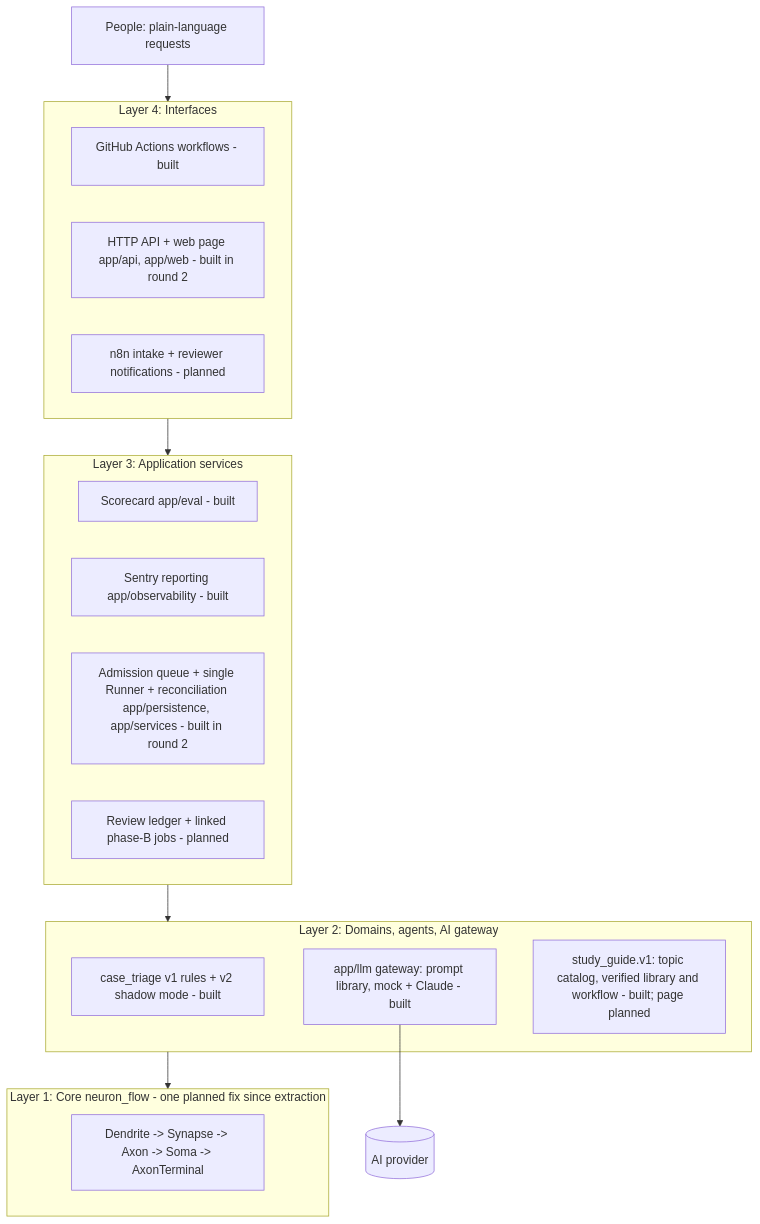
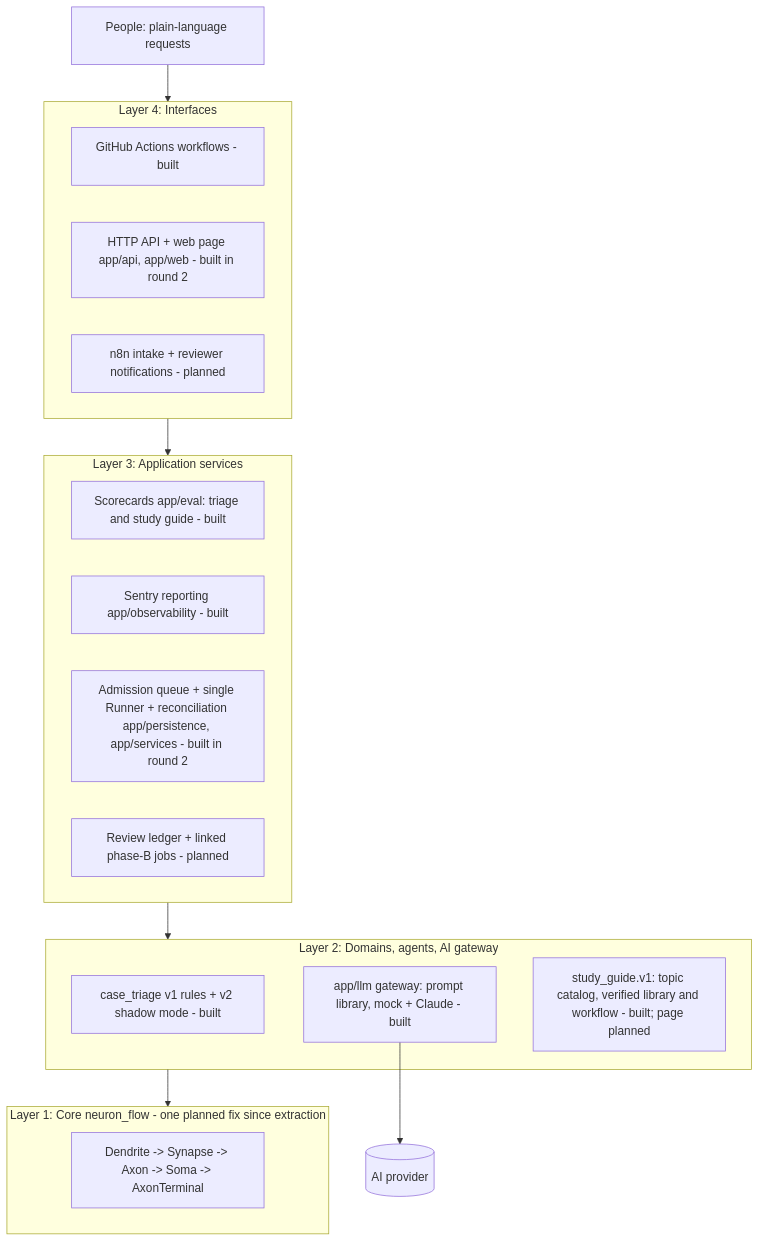
The diagram in docs/architecture.md (narongdetpyou-ux/System_Neuron_flow_AI), drawn with Mermaid before and after one commit. The commit also changed other lines of this file and 17 other files, not shown here.

````diff
--- a/docs/architecture.md
+++ b/docs/architecture.md
@@ -25,25 +25,25 @@
 ```mermaid
 flowchart TD
     U[People: plain-language requests] --> L4
     subgraph L4[Layer 4: Interfaces]
       GH[GitHub Actions workflows - built]
       API[HTTP API + web page app/api, app/web - built in round 2]
       N8N[n8n intake + reviewer notifications - planned]
     end
     subgraph L3[Layer 3: Application services]
-      EV[Scorecard app/eval - built]
+      EV[Scorecards app/eval: triage and study guide - built]
       OBS[Sentry reporting app/observability - built]
       Q[Admission queue + single Runner + reconciliation app/persistence, app/services - built in round 2]
       REV[Review ledger + linked phase-B jobs - planned]
     end
     subgraph L2[Layer 2: Domains, agents, AI gateway]
       TRI[case_triage v1 rules + v2 shadow mode - built]
       LLM[app/llm gateway: prompt library, mock + Claude - built]
       SG[study_guide.v1: topic catalog, verified library and workflow - built; page planned]
     end
     subgraph L1[Layer 1: Core neuron_flow - one planned fix since extraction]
       CORE[Dendrite -> Synapse -> Axon -> Soma -> AxonTerminal]
     end
     L4 --> L3 --> L2 --> L1
     LLM --> P[(AI provider)]
 ```
````
